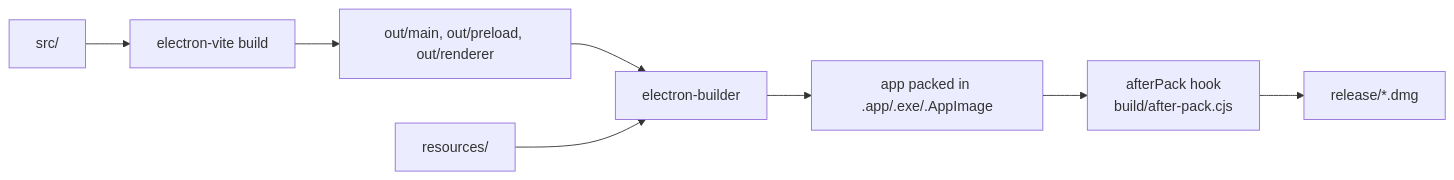
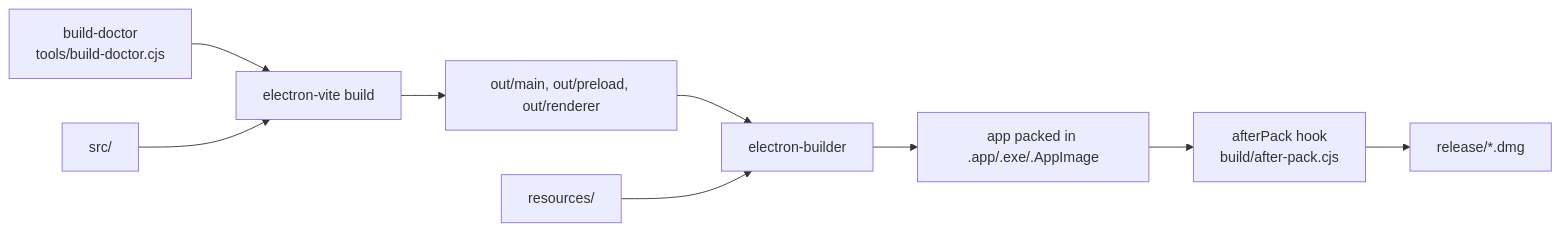
One commit to VivaldiCode/voice-gateway changed the diagram in docs/Build-And-Packaging.md. Above: the diagram before and after it, drawn with Mermaid. The commit also changed other lines of this file and 4 other files, not shown here.

First line of the commit message:
feat(build): add pre-flight doctor to catch corrupted node_modules early (#48) (#49)

````diff
--- a/docs/Build-And-Packaging.md
+++ b/docs/Build-And-Packaging.md
@@ -16,10 +16,11 @@
 ```mermaid
 flowchart LR
-    Src[src/] --> Vite[electron-vite build]
+    Doc[build-doctor<br>tools/build-doctor.cjs] --> Vite[electron-vite build]
+    Src[src/] --> Vite
     Vite --> Out[out/main, out/preload, out/renderer]
     Out --> EB[electron-builder]
     Resources[resources/] --> EB
     EB --> Pack[app packed in .app/.exe/.AppImage]
     Pack --> Hook[afterPack hook<br>build/after-pack.cjs]
     Hook --> Dmg[release/*.dmg]
 ```
````
